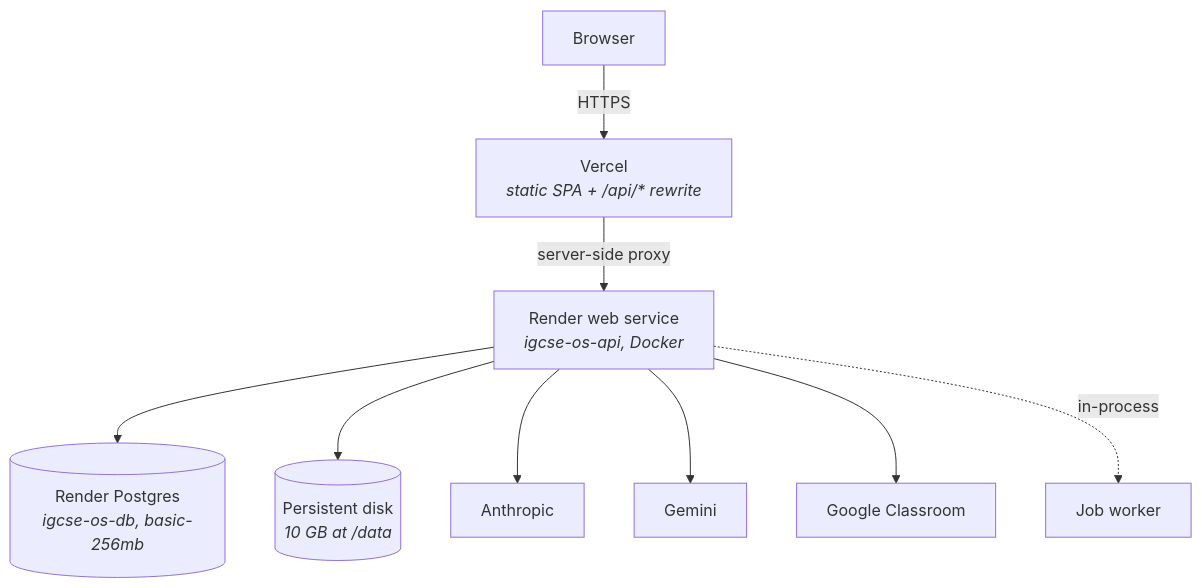
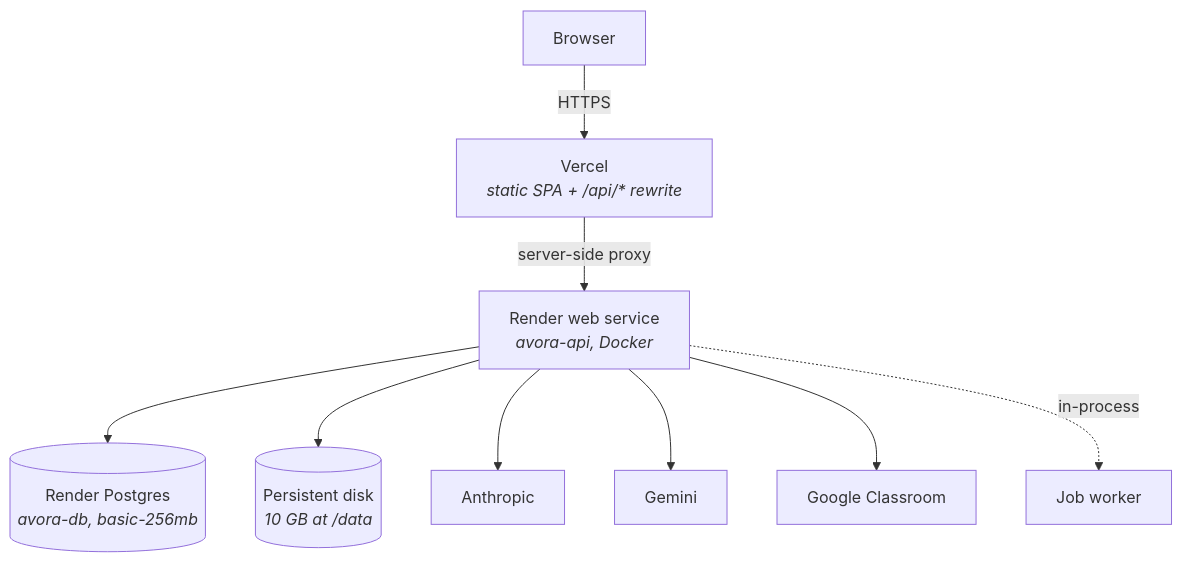
The diagram in docs/volume-3-platform-engineering/08-infrastructure-and-deployment.md (muslim216/IGCSE-OS-product-repositiry-), drawn with Mermaid before and after one commit. The commit also changed other lines of this file and 57 other files, not shown here.

First line of the commit message:
feat: rename MANARA / IGCSE-OS to Avora (task 0.6, AV-4)

````diff
--- a/docs/volume-3-platform-engineering/08-infrastructure-and-deployment.md
+++ b/docs/volume-3-platform-engineering/08-infrastructure-and-deployment.md
@@ -88,11 +88,11 @@
 ```mermaid
 flowchart TD
   U[Browser] -->|HTTPS| V[Vercel<br/><i>static SPA + /api/* rewrite</i>]
-  V -->|server-side proxy| R[Render web service<br/><i>igcse-os-api, Docker</i>]
-  R --> DB[(Render Postgres<br/><i>igcse-os-db, basic-256mb</i>)]
+  V -->|server-side proxy| R[Render web service<br/><i>avora-api, Docker</i>]
+  R --> DB[(Render Postgres<br/><i>avora-db, basic-256mb</i>)]
   R --> D[(Persistent disk<br/><i>10 GB at /data</i>)]
   R --> AN[Anthropic]
   R --> GE[Gemini]
   R --> GC[Google Classroom]
   R -.->|in-process| W[Job worker]
 ```
````
